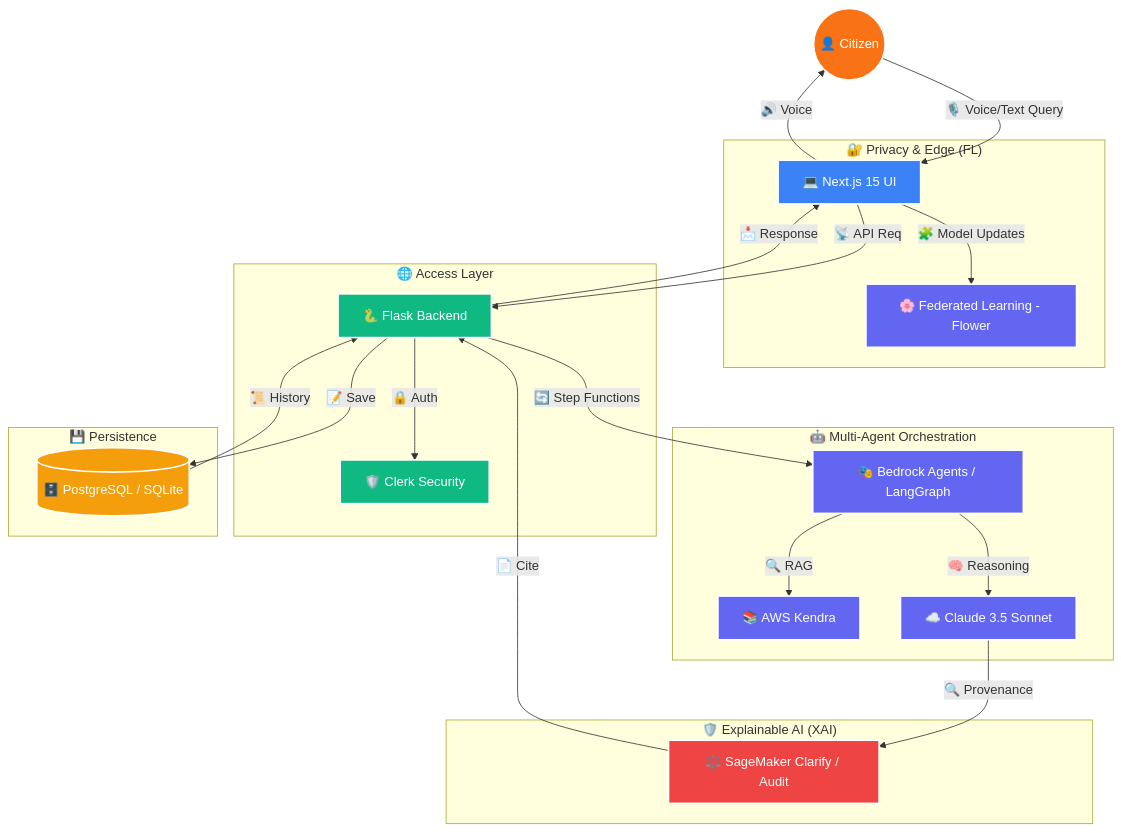
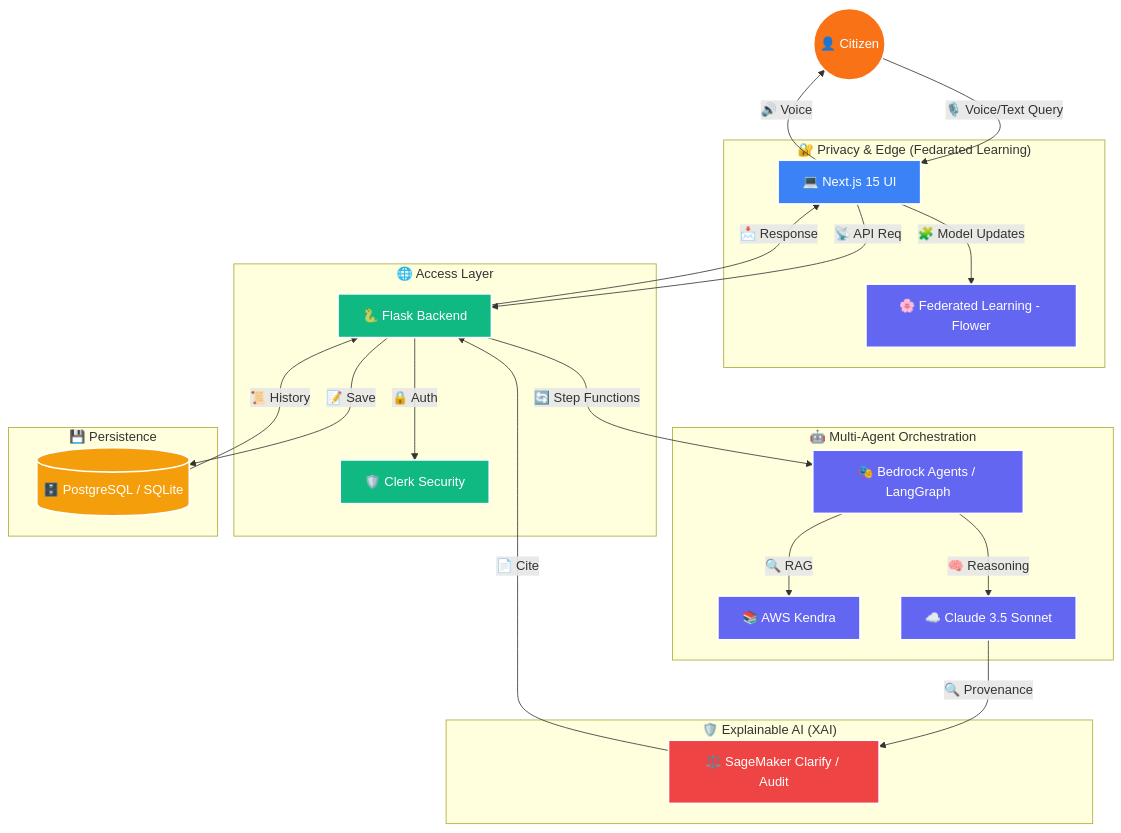
Before and after one commit to shalcoder/JanSathi: the first of 6 diagrams in README.md, drawn with Mermaid.

Commit message:
Fix typo in 'Federated Learning' in README.md

````diff
--- a/README.md
+++ b/README.md
@@ -31,40 +31,40 @@
 ```mermaid
 graph TD
     %% Styling
     classDef user fill:#f97316,stroke:#fff,stroke-width:2px,color:#fff
     classDef fe fill:#3b82f6,stroke:#fff,stroke-width:2px,color:#fff
     classDef be fill:#10b981,stroke:#fff,stroke-width:2px,color:#fff
     classDef ai fill:#6366f1,stroke:#fff,stroke-width:2px,color:#fff
     classDef trust fill:#ef4444,stroke:#fff,stroke-width:2px,color:#fff
     classDef db fill:#f59e0b,stroke:#fff,stroke-width:2px,color:#fff
 
     User((👤 Citizen)):::user -- "🎙️ Voice/Text Query" --> Frontend[💻 Next.js 15 UI]:::fe
     
-    subgraph "🔐 Privacy & Edge (FL)"
+    subgraph "🔐 Privacy & Edge (Fedarated Learning)"
         Frontend -- "🧩 Model Updates" --> FL[🌸 Federated Learning - Flower]:::ai
     end
 
     subgraph "🌐 Access Layer"
         Frontend -- "📡 API Req" --> Flask[🐍 Flask Backend]:::be
         Flask -- "🔒 Auth" --> Clerk[🛡️ Clerk Security]:::be
     end
 
     subgraph "🤖 Multi-Agent Orchestration"
         Flask -- "🔄 Step Functions" --> Agents[🎭 Bedrock Agents / LangGraph]:::ai
         Agents -- "🔍 RAG" --> Kendra[📚 AWS Kendra]:::ai
         Agents -- "🧠 Reasoning" --> Bedrock[☁️ Claude 3.5 Sonnet]:::ai
     end
 
     subgraph "🛡️ Explainable AI (XAI)"
         Bedrock -- "🔍 Provenance" --> XAI[⚖️ SageMaker Clarify / Audit]:::trust
         XAI -- "📄 Cite" --> Flask
     end
 
     subgraph "💾 Persistence"
         Flask -- "📝 Save" --> DB[(🗄️ PostgreSQL / SQLite)]:::db
         DB -- "📜 History" --> Flask
     end
 
     Flask -- "📩 Response" --> Frontend
     Frontend -- "🔊 Voice" --> User
 ```
````
